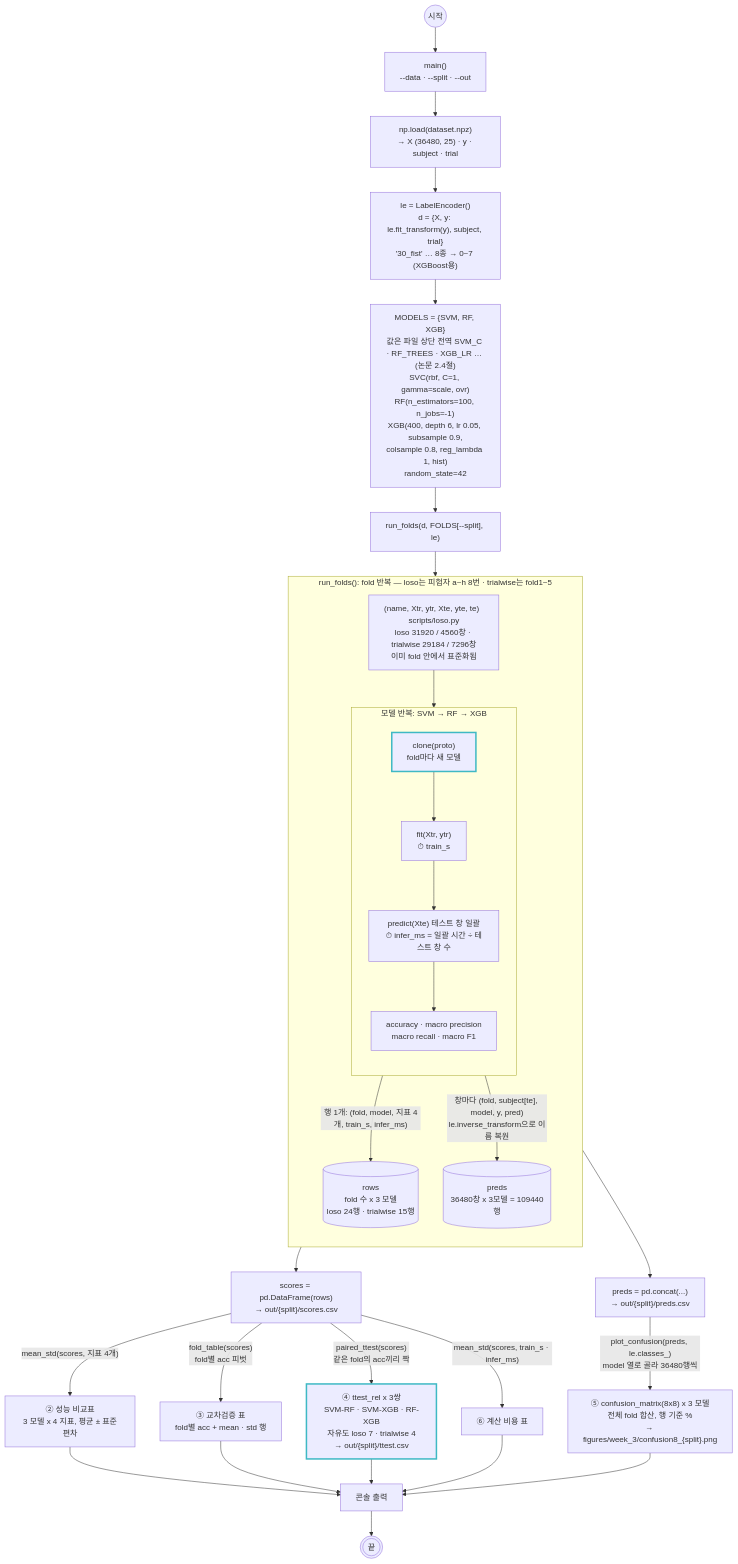
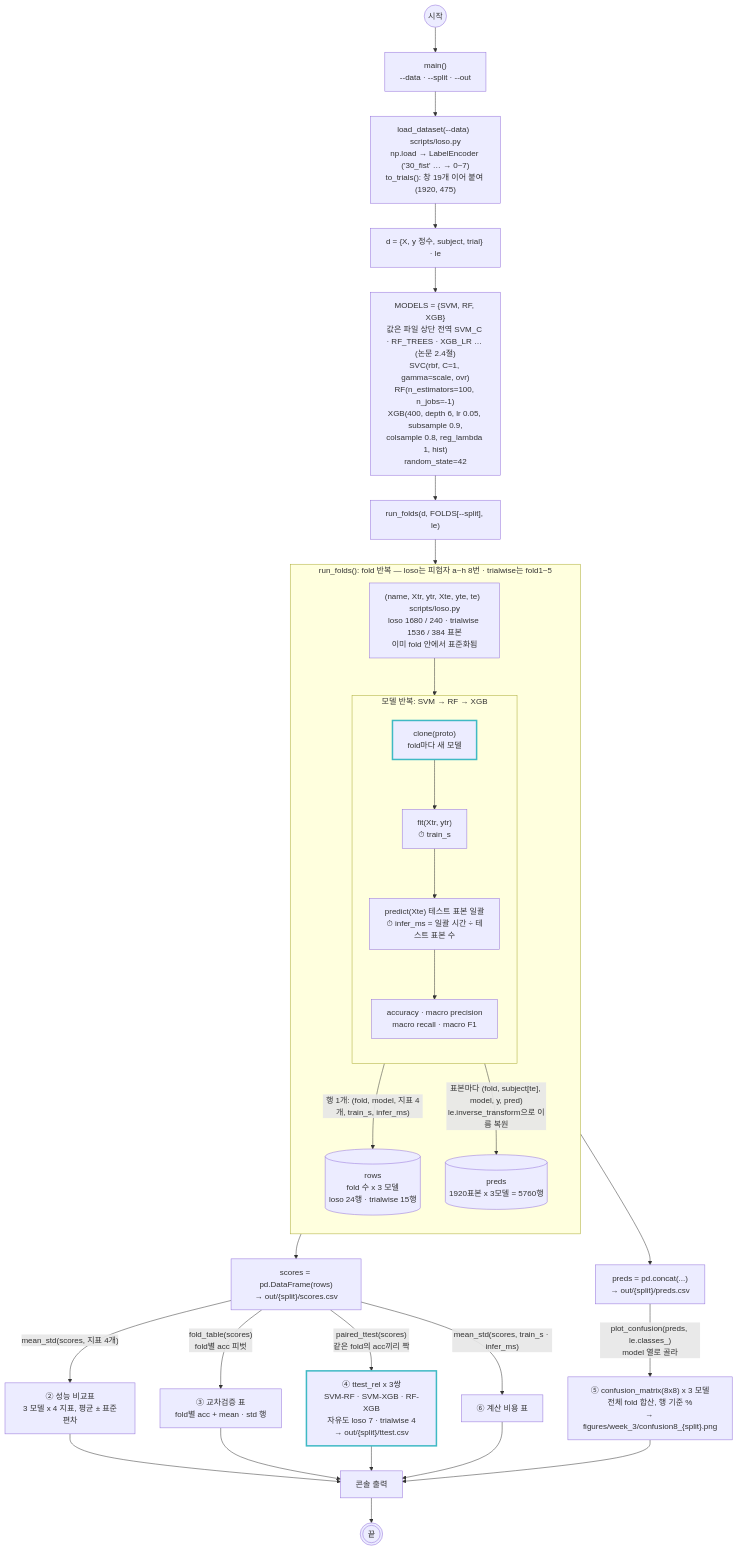
Before and after one commit to wm-shin/semg_arm_pred: the diagram in docs/training.md, drawn with Mermaid. The commit also changed other lines of this file and 24 other files, not shown here.

````diff
--- a/docs/training.md
+++ b/docs/training.md
@@ -7,44 +13,44 @@
 ```mermaid
 flowchart TD
     start((시작)) --> M["main()<br/>--data · --split · --out"]
-    M --> L["np.load(dataset.npz)<br/>→ X (36480, 25) · y · subject · trial"]
-    L --> LE["le = LabelEncoder()<br/>d = {X, y: le.fit_transform(y), subject, trial}<br/>'30_fist' … 8종 → 0~7 (XGBoost용)"]
+    M --> L["load_dataset(--data)  scripts/loso.py<br/>np.load → LabelEncoder ('30_fist' … → 0~7)<br/>to_trials(): 창 19개 이어 붙여 (1920, 475)"]
+    L --> LE["d = {X, y 정수, subject, trial} · le"]
     LE --> MOD["MODELS = {SVM, RF, XGB}<br/>값은 파일 상단 전역 SVM_C · RF_TREES · XGB_LR … (논문 2.4절)<br/>SVC(rbf, C=1, gamma=scale, ovr)<br/>RF(n_estimators=100, n_jobs=-1)<br/>XGB(400, depth 6, lr 0.05, subsample 0.9,<br/>colsample 0.8, reg_lambda 1, hist)<br/>random_state=42"]
     MOD --> RF["run_folds(d, FOLDS[--split], le)"]
 
     subgraph G["run_folds(): fold 반복 — loso는 피험자 a~h 8번 · trialwise는 fold1~5"]
         direction TB
-        F["(name, Xtr, ytr, Xte, yte, te)  scripts/loso.py<br/>loso 31920 / 4560창 · trialwise 29184 / 7296창<br/>이미 fold 안에서 표준화됨"]
+        F["(name, Xtr, ytr, Xte, yte, te)  scripts/loso.py<br/>loso 1680 / 240 · trialwise 1536 / 384 표본<br/>이미 fold 안에서 표준화됨"]
         subgraph MM["모델 반복: SVM → RF → XGB"]
             direction TB
             CL["clone(proto)<br/>fold마다 새 모델"]
             FIT["fit(Xtr, ytr)<br/>⏱ train_s"]
-            PRED["predict(Xte) 테스트 창 일괄<br/>⏱ infer_ms = 일괄 시간 ÷ 테스트 창 수"]
+            PRED["predict(Xte) 테스트 표본 일괄<br/>⏱ infer_ms = 일괄 시간 ÷ 테스트 표본 수"]
             MET["accuracy · macro precision<br/>macro recall · macro F1"]
             CL --> FIT --> PRED --> MET
         end
         F --> MM
         MET -- "행 1개: (fold, model, 지표 4개, train_s, infer_ms)" --> ROWS[("rows<br/>fold 수 x 3 모델<br/>loso 24행 · trialwise 15행")]
-        PRED -- "창마다 (fold, subject[te], model, y, pred)<br/>le.inverse_transform으로 이름 복원" --> PREDS[("preds<br/>36480창 x 3모델 = 109440행")]
+        PRED -- "표본마다 (fold, subject[te], model, y, pred)<br/>le.inverse_transform으로 이름 복원" --> PREDS[("preds<br/>1920표본 x 3모델 = 5760행")]
     end
 
     RF --> G
 
     ROWS --> DF["scores = pd.DataFrame(rows)<br/>→ out/{split}/scores.csv"]
     PREDS --> PDF["preds = pd.concat(...)<br/>→ out/{split}/preds.csv"]
     DF -- "mean_std(scores, 지표 4개)" --> T2["② 성능 비교표<br/>3 모델 x 4 지표, 평균 ± 표준편차"]
     DF -- "fold_table(scores)<br/>fold별 acc 피벗" --> T4["③ 교차검증 표<br/>fold별 acc + mean · std 행"]
     DF -- "paired_ttest(scores)<br/>같은 fold의 acc끼리 짝" --> TT["④ ttest_rel x 3쌍<br/>SVM-RF · SVM-XGB · RF-XGB<br/>자유도 loso 7 · trialwise 4<br/>→ out/{split}/ttest.csv"]
     DF -- "mean_std(scores, train_s · infer_ms)" --> T6["⑥ 계산 비용 표"]
-    PDF -- "plot_confusion(preds, le.classes_)<br/>model 열로 골라 36480행씩" --> CM["⑤ confusion_matrix(8x8) x 3 모델<br/>전체 fold 합산, 행 기준 %<br/>→ figures/week_3/confusion8_{split}.png"]
+    PDF -- "plot_confusion(preds, le.classes_)<br/>model 열로 골라" --> CM["⑤ confusion_matrix(8x8) x 3 모델<br/>전체 fold 합산, 행 기준 %<br/>→ figures/week_3/confusion8_{split}.png"]
 
     T2 --> P["콘솔 출력"]
     T4 --> P
     TT --> P
     T6 --> P
     CM --> P
     P --> stop(((끝)))
 
     style CL stroke:#3fb9c4,stroke-width:3px
     style TT stroke:#3fb9c4,stroke-width:3px
 ```
````
